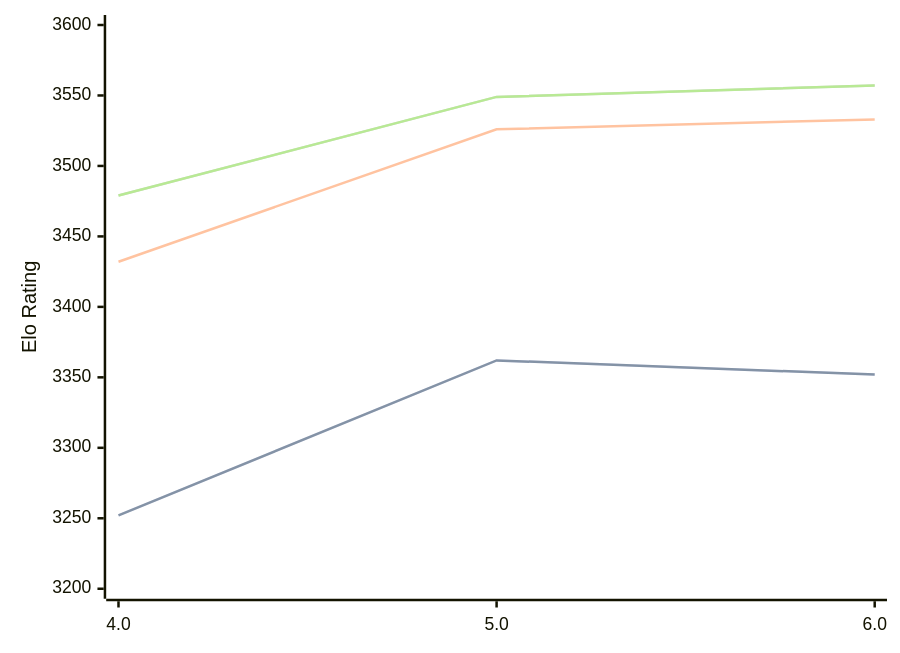
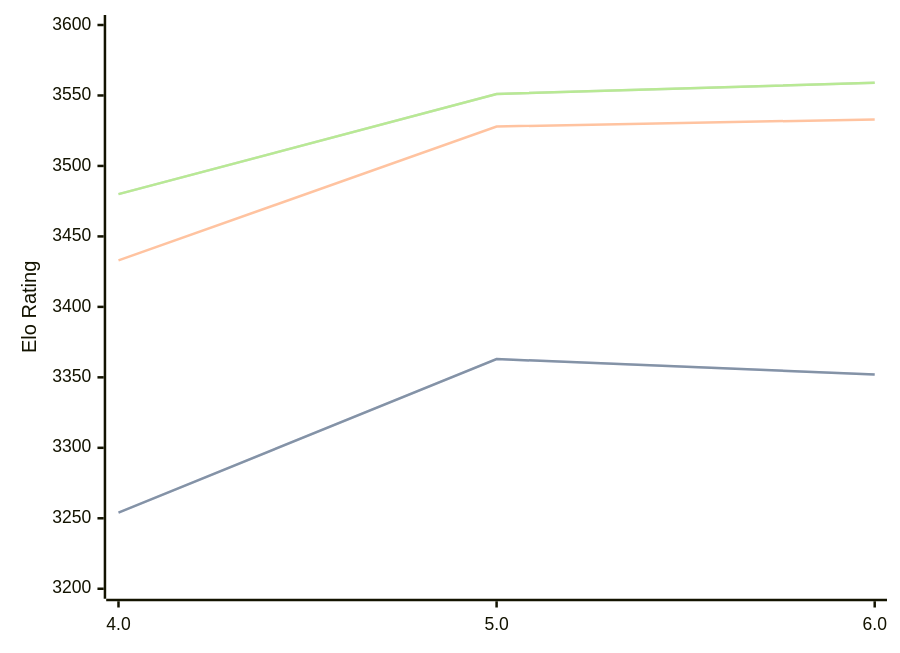
One commit to computer-chess-index/cci changed the diagram in engines/Tarnished.md. Above: the diagram before and after it, drawn with Mermaid. The commit also changed other lines of this file, not shown here.

Commit message:
Update CCI Ratings (ELO VLTC) - 2026-08-26

````diff
--- a/engines/Tarnished.md
+++ b/engines/Tarnished.md
@@ -33,11 +33,11 @@
 ```mermaid
 %%{init: {"theme":"base","themeVariables":{"seriesColors:['#a3a3a3','#222221','#faa371']}}}%%
 xychart-beta
   x-axis ["4.0", "5.0", "6.0"]
   y-axis "Elo Rating" 3200 --> 3600
-  line "STC (8.0+0.08s)" [3252, 3362, 3352]
-  line "STC (8.0+0.08s)" [3252, 3362, 3352]
-  line "LTC (60.0+0.60s)" [3432, 3526, 3533]
-  line "VLTC (2m24s+1.12s)" [3479, 3549, 3557]
-  line "VLTC (2m24s+1.12s)" [3479, 3549, 3557]
+  line "STC (8.0+0.08s)" [3254, 3363, 3352]
+  line "STC (8.0+0.08s)" [3254, 3363, 3352]
+  line "LTC (60.0+0.60s)" [3433, 3528, 3533]
+  line "VLTC (2m24s+1.12s)" [3480, 3551, 3559]
+  line "VLTC (2m24s+1.12s)" [3480, 3551, 3559]
 ```
````
